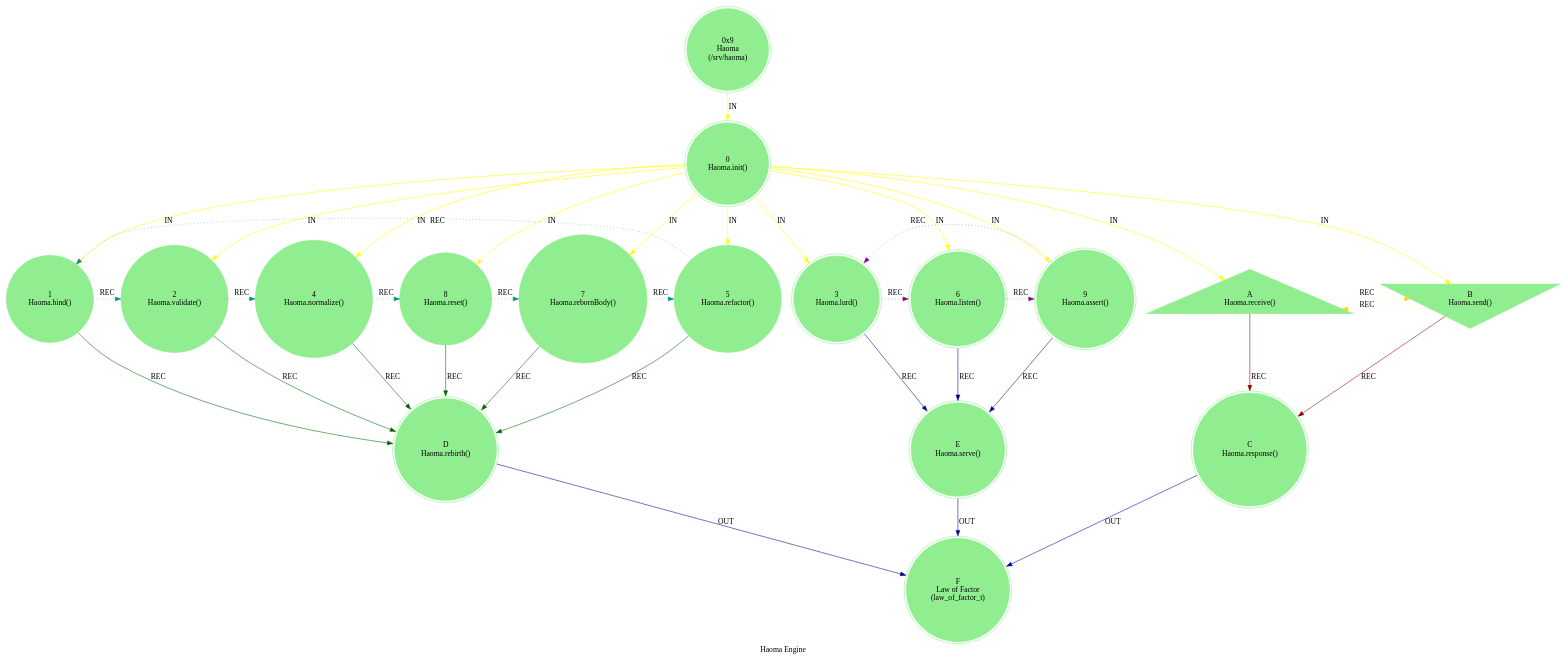
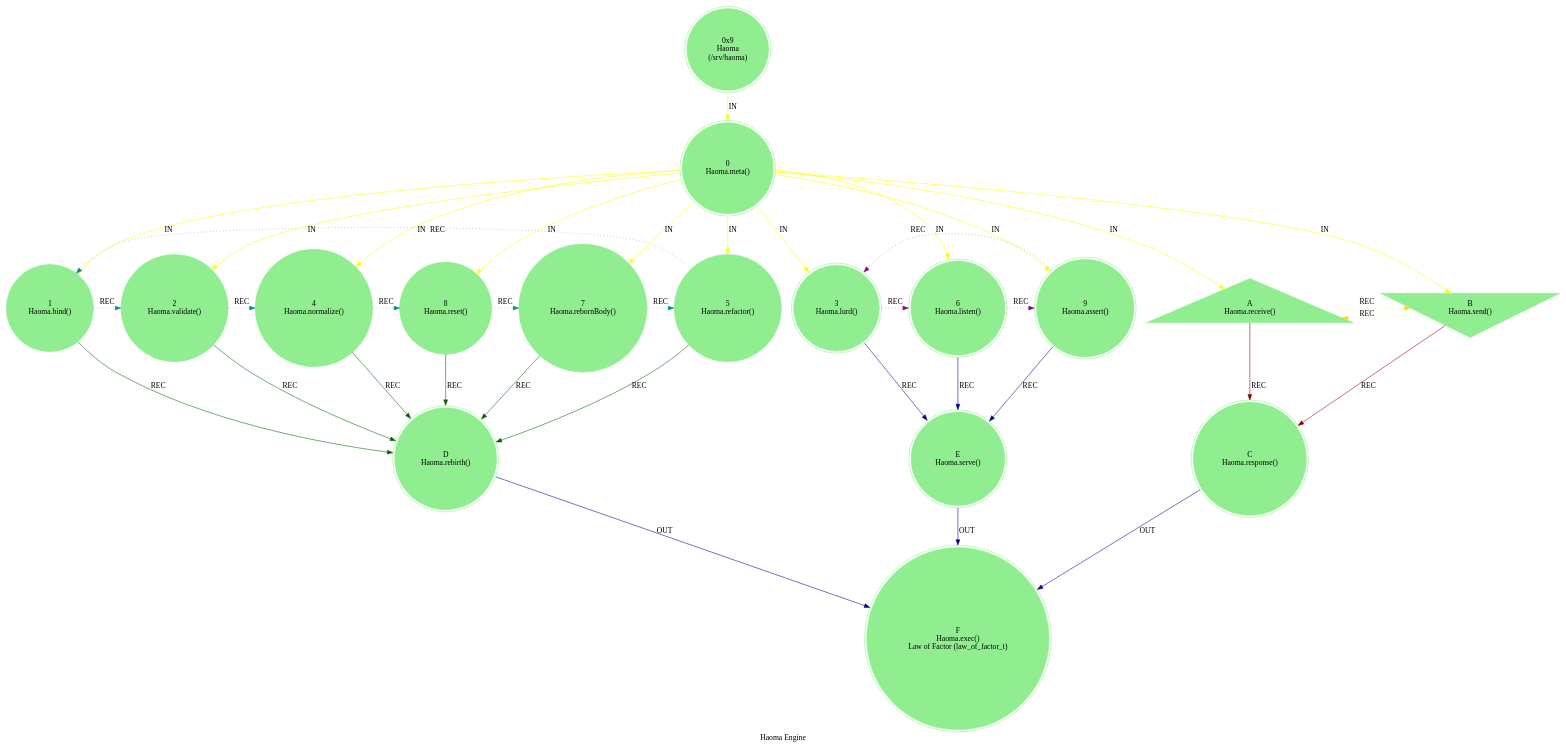
Before and after one commit to cilang/mythos: the diagram in src/core/mythos_sys_haoma.dot, drawn with Graphviz. The commit also changed 5 other files, not shown here.

```diff
--- a/src/core/mythos_sys_haoma.dot
+++ b/src/core/mythos_sys_haoma.dot
@@ -1,45 +1,45 @@
 digraph G {
     label = "Haoma Engine";
     style = filled;
     color = red;
     comment = "";
     node [shape = polygon; sides = 6; style = filled; color = lightgreen;];
     
     spark_9_mythos_t [label = "0x9\nHaoma\n(/srv/haoma)";shape = doublecircle;];
     
     // The Sacred 3-6-9 (Boundary of Perception).
     // "If you knew the magnificence of 3, 6, and 9, you would have a key to the universe." — Tesla.
     // The 1-2-4-8-7-5 Vortex (Boundary of Comprehension).
-    // r0::meta();r1,r2,r4,r8,r7,r5;r3,r6,r;ra::receive(),rb::send(),rc::dispatch(),rd::commit(),re::serve(),rf::exec() 
-    spark_0_haoma_t [label = "0\nHaoma.init()";shape = doublecircle;comment = "Engine Init";];
+    // r0::meta();r1,r2,r4,r8,r7,r5;r3,r6,r;ra::receive(),rb::send(),rc::dispatch(),rd::commit(),re::serve(),rf::exec()
+    spark_0_haoma_t [label = "0\nHaoma.meta()";shape = doublecircle;comment = "Engine Init";];
     spark_1_haoma_t [label = "1\nHaoma.bind()";shape = circle;comment = "";];
     spark_2_haoma_t [label = "2\nHaoma.validate()";shape = circle;comment = "";];
     spark_4_haoma_t [label = "4\nHaoma.normalize()";shape = circle;comment = "";];
     spark_8_haoma_t [label = "8\nHaoma.reset()";shape = circle;comment = "";];
     spark_7_haoma_t [label = "7\nHaoma.rebornBody()";shape = circle;comment = "";];
     spark_5_haoma_t [label = "5\nHaoma.refactor()";shape = circle;comment = "";];
     spark_3_haoma_t [label = "3\nHaoma.lurd()";shape = doublecircle;comment = "`/sys/lurd`";];
     spark_6_haoma_t [label = "6\nHaoma.listen()";shape = doublecircle;comment = "";];
     spark_9_haoma_t [label = "9\nHaoma.assert()";shape = doublecircle;comment = "";];
     spark_a_haoma_t [label = "A\nHaoma.receive()";shape = triangle;comment = "";];
     spark_b_haoma_t [label = "B\nHaoma.send()";shape = invtriangle;comment = "";];
     spark_c_haoma_t [label = "C\nHaoma.response()";shape = doublecircle;comment = "";];
     spark_d_haoma_t [label = "D\nHaoma.rebirth()";shape = doublecircle;comment = "";];
     spark_e_haoma_t [label = "E\nHaoma.serve()";shape = doublecircle;comment = "`/sys/haoma`";];
-    spark_f_haoma_t [label = "F\nLaw of Factor\n(law_of_factor_t)";shape = doublecircle;comment = "";];
+    spark_f_haoma_t [label = "F\nHaoma.exec()\nLaw of Factor (law_of_factor_t)";shape = doublecircle;comment = "";];
     
     // IN = Input
     // OUT = Output
     // REC = Recursion
     spark_9_mythos_t -> spark_0_haoma_t -> {spark_a_haoma_t spark_b_haoma_t spark_1_haoma_t spark_2_haoma_t spark_3_haoma_t spark_4_haoma_t spark_5_haoma_t spark_6_haoma_t spark_7_haoma_t spark_8_haoma_t spark_9_haoma_t} [label = "IN"; color = yellow; comment = "";];
     
     {spark_a_haoma_t spark_b_haoma_t} -> spark_c_haoma_t [label = "REC"; color = darkred; comment = "";];
     {spark_1_haoma_t spark_2_haoma_t spark_4_haoma_t spark_8_haoma_t spark_7_haoma_t spark_5_haoma_t} -> spark_d_haoma_t [label = "REC"; color = darkgreen; comment = "";];
     {spark_3_haoma_t spark_6_haoma_t spark_9_haoma_t} -> spark_e_haoma_t [label = "REC"; color = darkblue; comment = "";];
     
     spark_1_haoma_t -> spark_2_haoma_t -> spark_4_haoma_t -> spark_8_haoma_t -> spark_7_haoma_t -> spark_5_haoma_t -> spark_1_haoma_t [label = "REC"; color = darkcyan; comment = ""; style = dotted; constraint = false;];
     spark_3_haoma_t -> spark_6_haoma_t -> spark_9_haoma_t -> spark_3_haoma_t [label = "REC"; color = darkmagenta; comment = ""; style = dotted; constraint = false;];
     spark_a_haoma_t -> spark_b_haoma_t -> spark_a_haoma_t [label = "REC"; color = gold; comment = ""; style = dotted; constraint = false;];
     
     {spark_c_haoma_t spark_d_haoma_t spark_e_haoma_t} -> spark_f_haoma_t [label = "OUT"; color = darkblue; comment = "";];
 }
```
